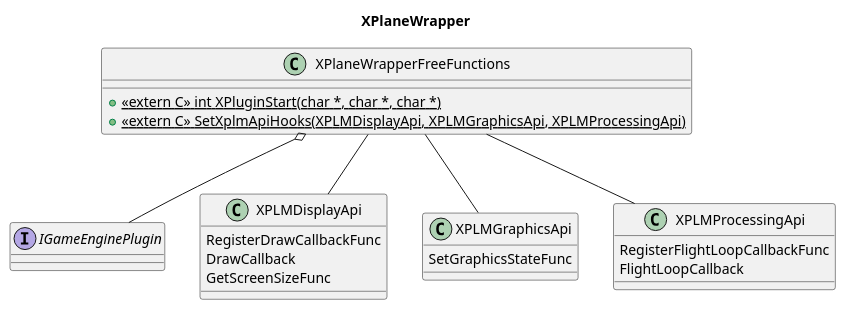
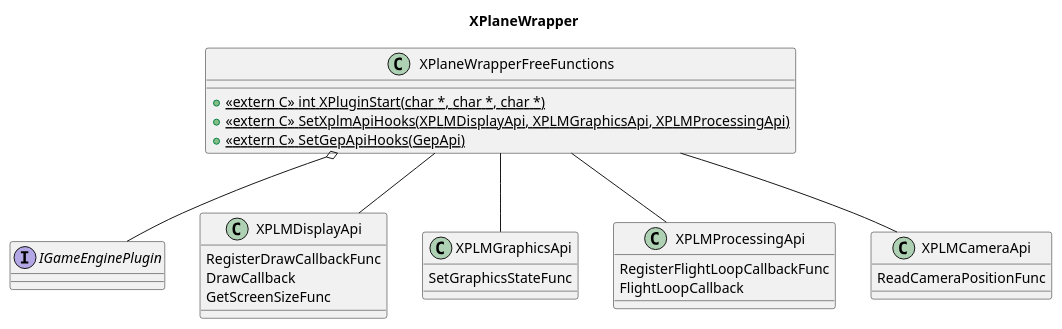
Before and after one commit to stevostj/Sandbox: the diagram in GameEnginePlugin/Docs/SourceDiagrams/GameEnginePlugin-XPlaneWrapper-Class.plantuml, drawn with PlantUML. The commit also changed 8 other files, not shown here.

```diff
--- a/GameEnginePlugin/Docs/SourceDiagrams/GameEnginePlugin-XPlaneWrapper-Class.plantuml
+++ b/GameEnginePlugin/Docs/SourceDiagrams/GameEnginePlugin-XPlaneWrapper-Class.plantuml
@@ -1,35 +1,42 @@
 @startuml
 
 title "XPlaneWrapper"
 
 interface "IGameEnginePlugin"  as IGEP {
 }
 
 class "XPLMDisplayApi" as XDA {
   RegisterDrawCallbackFunc
   DrawCallback
   GetScreenSizeFunc
 }
 
 class "XPLMGraphicsApi" as XGA {
   SetGraphicsStateFunc
 }
 
 class "XPLMProcessingApi" as XPA {
   RegisterFlightLoopCallbackFunc
   FlightLoopCallback
 }
 
+class "XPLMCameraApi" as XCA {
+  ReadCameraPositionFunc
+}
+
 class "XPlaneWrapperFreeFunctions"  as XPW {
     + {static} <<extern C>> int XPluginStart(char *, char *, char *)
     + {static} <<extern C>> SetXplmApiHooks(XPLMDisplayApi, XPLMGraphicsApi, XPLMProcessingApi)
+    + {static} <<extern C>> SetGepApiHooks(GepApi)
+
 }
 
 XPW o-- IGEP
 
 XPW -- XDA
 XPW -- XGA
 XPW -- XPA
+XPW -- XCA
 
 
 @enduml
```
